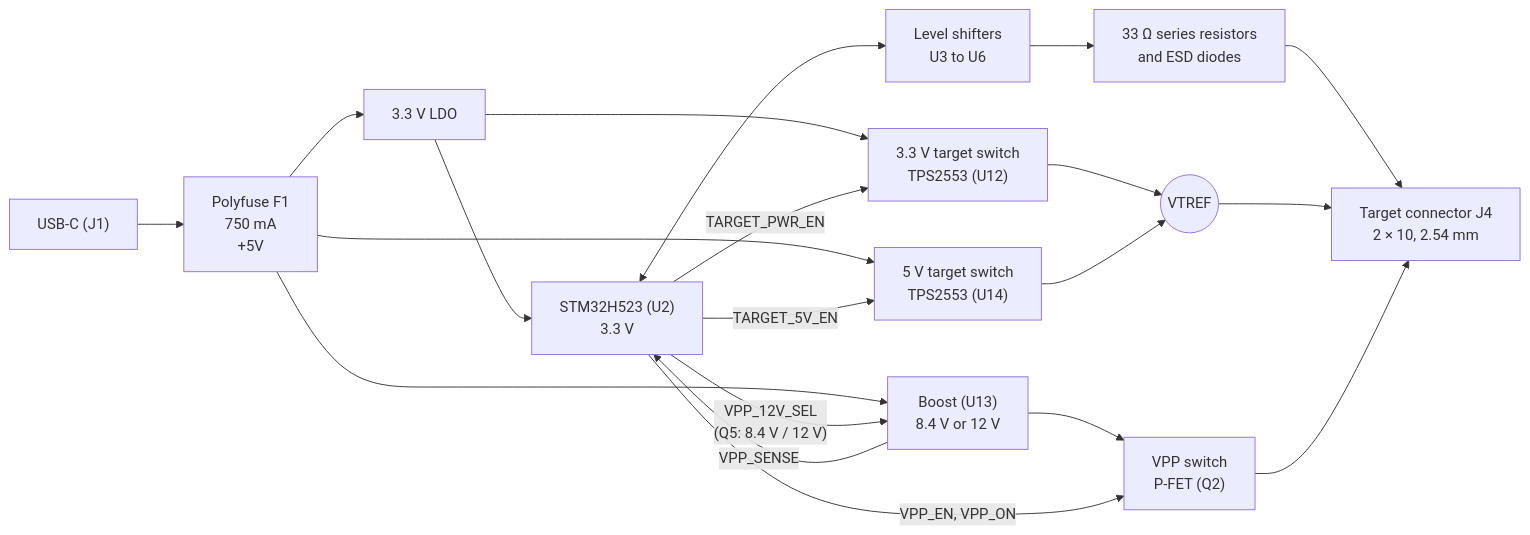
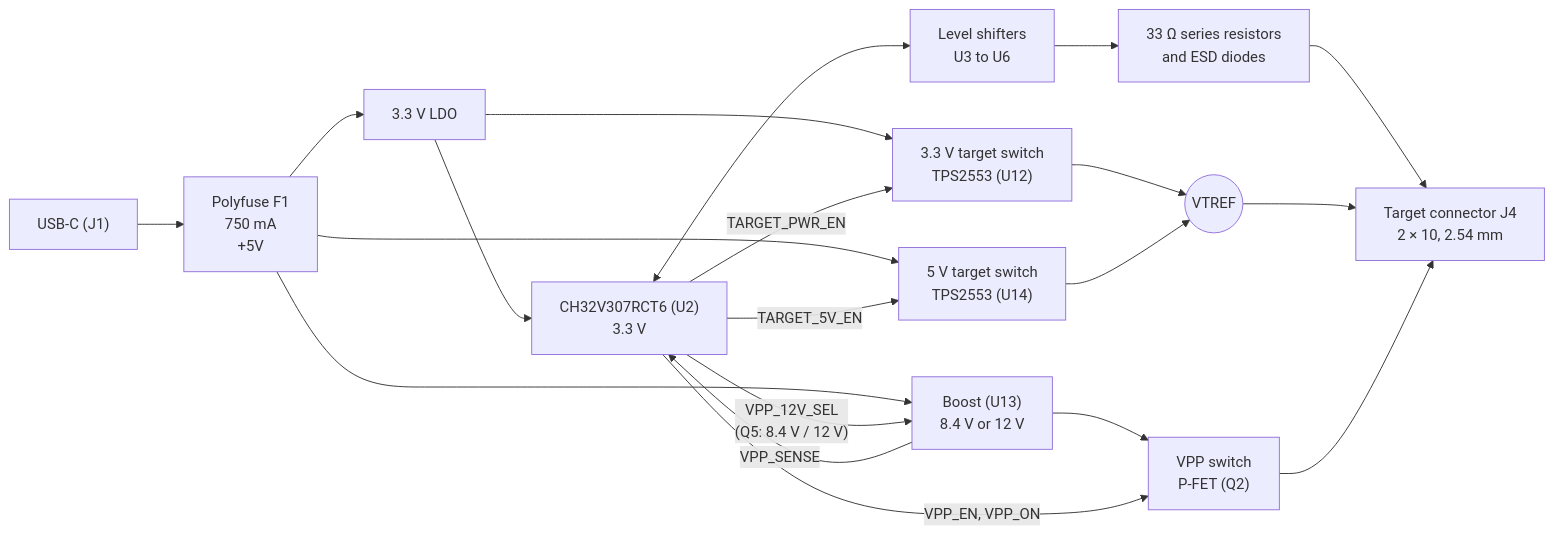
Before and after one commit to OpenMUPP/openmupp-v1: the diagram in README.md, drawn with Mermaid. The commit also changed other lines of this file and 4 other files, not shown here.

Commit message:
Replaced stm32h523 with ch32v307 in the schematics and updated required crystal and decoupling caps

````diff
--- a/README.md
+++ b/README.md
@@ -19,25 +19,25 @@
 ```mermaid
 flowchart LR
     usb["USB-C (J1)"] --> fuse["Polyfuse F1<br/>750 mA<br/>+5V"]
     fuse --> ldo["3.3 V LDO"]
     fuse --> boost["Boost (U13)<br/>8.4 V or 12 V"]
-    ldo --> mcu["STM32H523 (U2)<br/>3.3 V"]
+    ldo --> mcu["CH32V307RCT6 (U2)<br/>3.3 V"]
     mcu <--> ls["Level shifters<br/>U3 to U6"]
     ls --> esd["33 Ω series resistors<br/>and ESD diodes"]
     esd --> j4["Target connector J4<br/>2 × 10, 2.54 mm"]
 
     ldo --> tps33["3.3 V target switch<br/>TPS2553 (U12)"]
     fuse --> tps5["5 V target switch<br/>TPS2553 (U14)"]
     tps33 --> vtref(("VTREF"))
     tps5 --> vtref
     vtref --> j4
 
     boost --> vpp["VPP switch<br/>P-FET (Q2)"]
     vpp --> j4
 
     mcu -- "TARGET_PWR_EN" --> tps33
     mcu -- "TARGET_5V_EN" --> tps5
     mcu -- "VPP_12V_SEL<br/>(Q5: 8.4 V / 12 V)" --> boost
     mcu -- "VPP_EN, VPP_ON" --> vpp
     boost -- "VPP_SENSE" --> mcu
 ```
````
